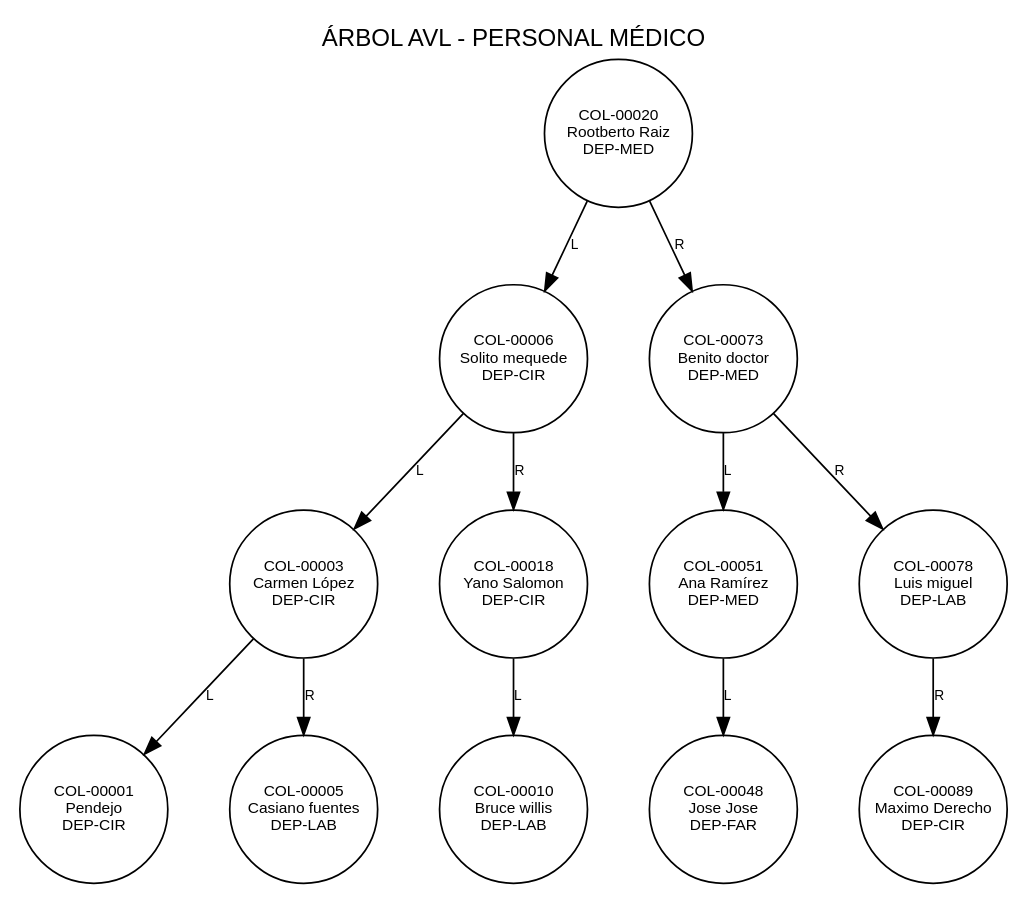
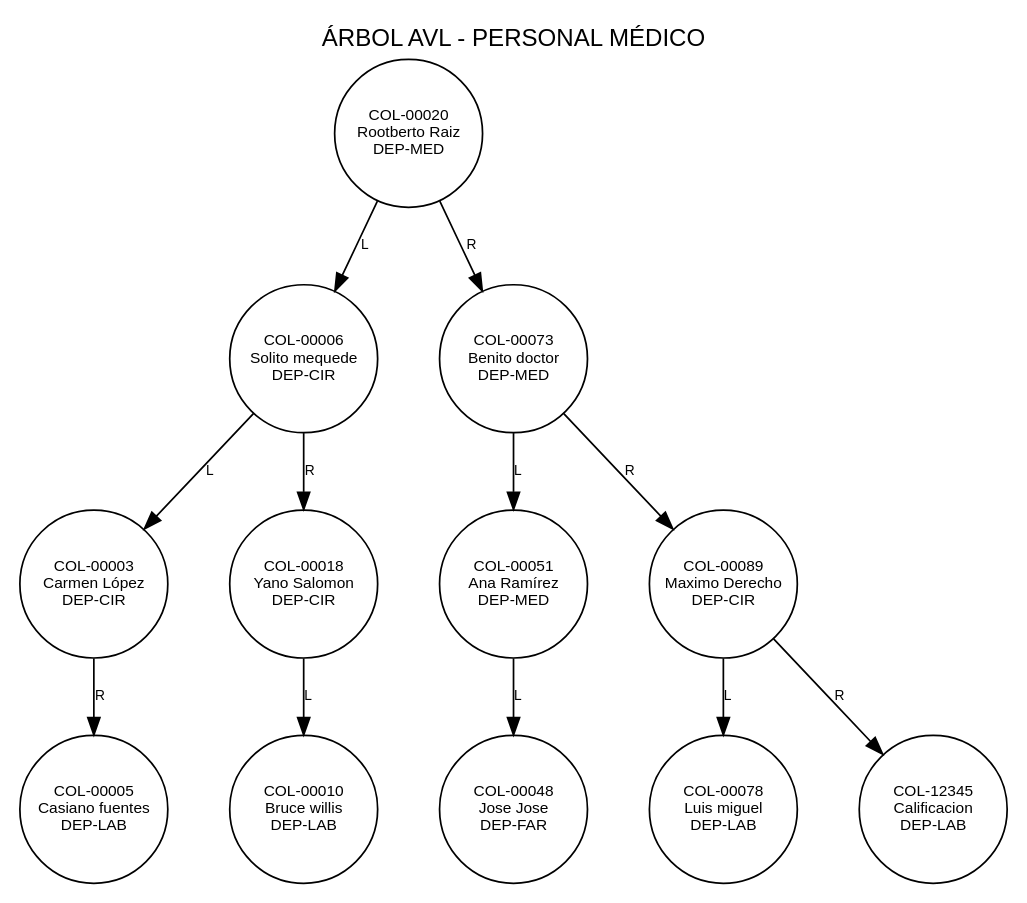
One commit to Wicho45/EDD_1S2026_PY_202300727 changed the diagram in EDD_Proyecto1_Fase2/Imagenes/reporte_personal_avl.dot. Above: the diagram before and after it, drawn with Graphviz. The commit also changed 32 other files, not shown here.

```diff
--- a/EDD_Proyecto1_Fase2/Imagenes/reporte_personal_avl.dot
+++ b/EDD_Proyecto1_Fase2/Imagenes/reporte_personal_avl.dot
@@ -1,55 +1,55 @@
 digraph G {
     graph [nodesep=0.5, ranksep=0.5, fontname="Arial"];
     node [shape=circle, fontname="Arial", fontsize=9, style=filled, fillcolor=white, width=1.2, fixedsize=true];
     edge [fontname="Arial", fontsize=8];
     label="ÁRBOL AVL - PERSONAL MÉDICO";
     labelloc="t";
 
-    "ModeloUsuarioHASH0xa0362f108" [label="COL-00020
+    "ModeloUsuarioHASH0xc5faec258" [label="COL-00020
 Rootberto Raiz
 DEP-MED"];
-    "ModeloUsuarioHASH0xa0362f108" -> "ModeloUsuarioHASH0xa0362e438" [label="L"];
-    "ModeloUsuarioHASH0xa0362e438" [label="COL-00006
+    "ModeloUsuarioHASH0xc5faec258" -> "ModeloUsuarioHASH0xc5faed648" [label="L"];
+    "ModeloUsuarioHASH0xc5faed648" [label="COL-00006
 Solito mequede
 DEP-CIR"];
-    "ModeloUsuarioHASH0xa0362e438" -> "ModeloUsuarioHASH0xa0362f960" [label="L"];
-    "ModeloUsuarioHASH0xa0362f960" [label="COL-00003
+    "ModeloUsuarioHASH0xc5faed648" -> "ModeloUsuarioHASH0xc5faecb70" [label="L"];
+    "ModeloUsuarioHASH0xc5faecb70" [label="COL-00003
 Carmen López
 DEP-CIR"];
-    "ModeloUsuarioHASH0xa0362f960" -> "ModeloUsuarioHASH0xa0487b840" [label="L"];
-    "ModeloUsuarioHASH0xa0487b840" [label="COL-00001
-Pendejo
-DEP-CIR"];
-    "ModeloUsuarioHASH0xa0362f960" -> "ModeloUsuarioHASH0xa0362e390" [label="R"];
-    "ModeloUsuarioHASH0xa0362e390" [label="COL-00005
+    "ModeloUsuarioHASH0xc5faecb70" -> "ModeloUsuarioHASH0xc5faed570" [label="R"];
+    "ModeloUsuarioHASH0xc5faed570" [label="COL-00005
 Casiano fuentes
 DEP-LAB"];
-    "ModeloUsuarioHASH0xa0362e438" -> "ModeloUsuarioHASH0xa0362e9d8" [label="R"];
-    "ModeloUsuarioHASH0xa0362e9d8" [label="COL-00018
+    "ModeloUsuarioHASH0xc5faed648" -> "ModeloUsuarioHASH0xc5faedbe8" [label="R"];
+    "ModeloUsuarioHASH0xc5faedbe8" [label="COL-00018
 Yano Salomon
 DEP-CIR"];
-    "ModeloUsuarioHASH0xa0362e9d8" -> "ModeloUsuarioHASH0xa04868930" [label="L"];
-    "ModeloUsuarioHASH0xa04868930" [label="COL-00010
+    "ModeloUsuarioHASH0xc5faedbe8" -> "ModeloUsuarioHASH0xc5f453a80" [label="L"];
+    "ModeloUsuarioHASH0xc5f453a80" [label="COL-00010
 Bruce willis
 DEP-LAB"];
-    "ModeloUsuarioHASH0xa0362f108" -> "ModeloUsuarioHASH0xa0362faf8" [label="R"];
-    "ModeloUsuarioHASH0xa0362faf8" [label="COL-00073
+    "ModeloUsuarioHASH0xc5faec258" -> "ModeloUsuarioHASH0xc5faecc30" [label="R"];
+    "ModeloUsuarioHASH0xc5faecc30" [label="COL-00073
 Benito doctor
 DEP-MED"];
-    "ModeloUsuarioHASH0xa0362faf8" -> "ModeloUsuarioHASH0xa03ff7588" [label="L"];
-    "ModeloUsuarioHASH0xa03ff7588" [label="COL-00051
+    "ModeloUsuarioHASH0xc5faecc30" -> "ModeloUsuarioHASH0xc60ccf6f0" [label="L"];
+    "ModeloUsuarioHASH0xc60ccf6f0" [label="COL-00051
 Ana Ramírez
 DEP-MED"];
-    "ModeloUsuarioHASH0xa03ff7588" -> "ModeloUsuarioHASH0xa04868378" [label="L"];
-    "ModeloUsuarioHASH0xa04868378" [label="COL-00048
+    "ModeloUsuarioHASH0xc60ccf6f0" -> "ModeloUsuarioHASH0xc5f4534c8" [label="L"];
+    "ModeloUsuarioHASH0xc5f4534c8" [label="COL-00048
 Jose Jose
 DEP-FAR"];
-    "ModeloUsuarioHASH0xa0362faf8" -> "ModeloUsuarioHASH0xa0362ffc0" [label="R"];
-    "ModeloUsuarioHASH0xa0362ffc0" [label="COL-00078
+    "ModeloUsuarioHASH0xc5faecc30" -> "ModeloUsuarioHASH0xc5faeda38" [label="R"];
+    "ModeloUsuarioHASH0xc5faeda38" [label="COL-00089
+Maximo Derecho
+DEP-CIR"];
+    "ModeloUsuarioHASH0xc5faeda38" -> "ModeloUsuarioHASH0xc5faed138" [label="L"];
+    "ModeloUsuarioHASH0xc5faed138" [label="COL-00078
 Luis miguel
 DEP-LAB"];
-    "ModeloUsuarioHASH0xa0362ffc0" -> "ModeloUsuarioHASH0xa0362e8d0" [label="R"];
-    "ModeloUsuarioHASH0xa0362e8d0" [label="COL-00089
-Maximo Derecho
-DEP-CIR"];
+    "ModeloUsuarioHASH0xc5faeda38" -> "ModeloUsuarioHASH0xc5f5c69f0" [label="R"];
+    "ModeloUsuarioHASH0xc5f5c69f0" [label="COL-12345
+Calificacion
+DEP-LAB"];
 }
```
